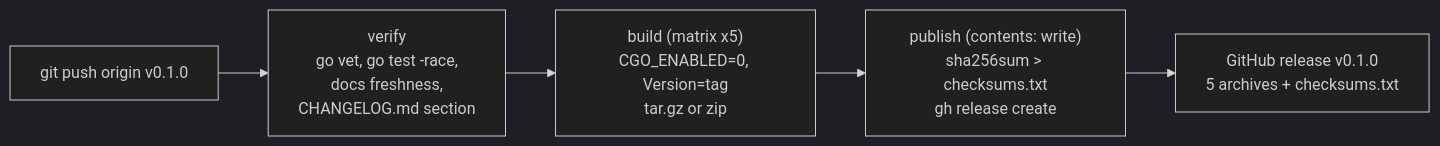
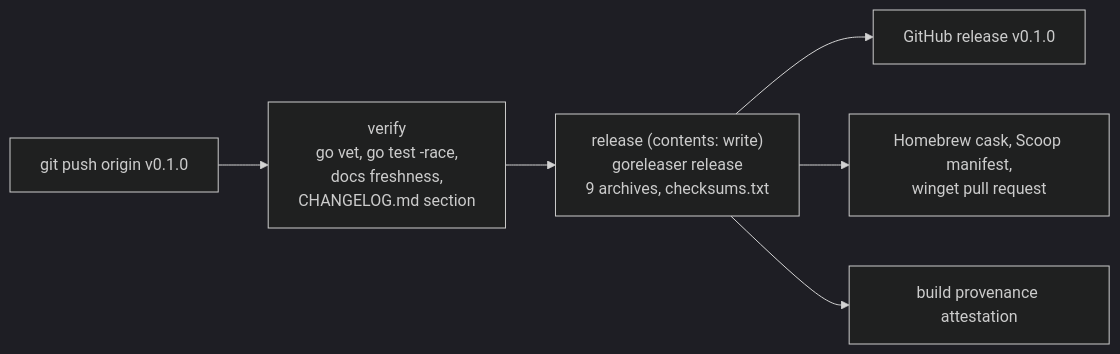
The diagram in docs/workflows/ci-and-release.md (braswelljr/gnux), drawn with Mermaid (dark theme) before and after one commit. The commit also changed other lines of this file and 180 other files, not shown here.

````diff
--- a/docs/workflows/ci-and-release.md
+++ b/docs/workflows/ci-and-release.md
@@ -216,7 +248,8 @@
 ```mermaid
 flowchart LR
     T["git push origin v0.1.0"] --> V["verify<br/>go vet, go test -race,<br/>docs freshness,<br/>CHANGELOG.md section"]
-    V --> B["build (matrix x5)<br/>CGO_ENABLED=0, Version=tag<br/>tar.gz or zip"]
-    B --> P["publish (contents: write)<br/>sha256sum > checksums.txt<br/>gh release create"]
-    P --> R["GitHub release v0.1.0<br/>5 archives + checksums.txt"]
+    V --> G["release (contents: write)<br/>goreleaser release<br/>9 archives, checksums.txt"]
+    G --> R["GitHub release v0.1.0"]
+    G --> M["Homebrew cask, Scoop manifest,<br/>winget pull request"]
+    G --> A["build provenance attestation"]
 ```
````
